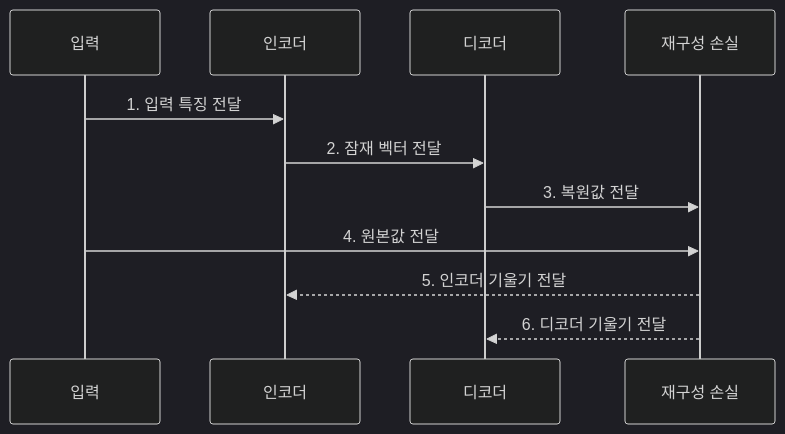
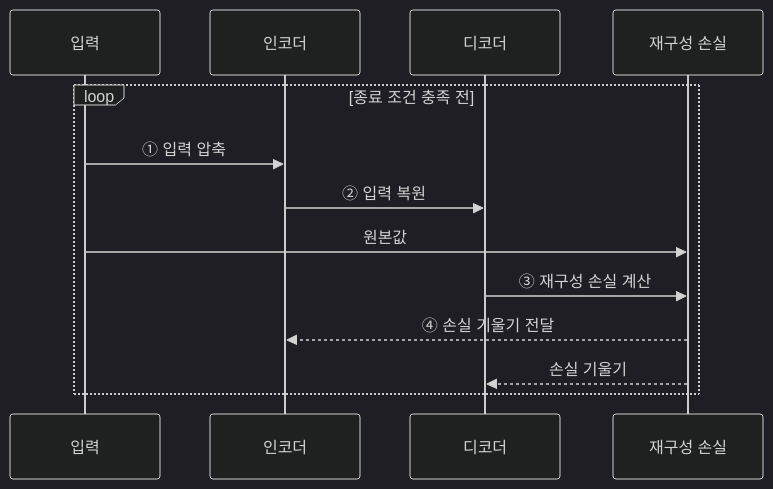
Before and after one commit to agnusdei1207/knowledge-base: the third of 3 diagrams in src/content/docs/notes/01-basic-theory/045_autoencoder.md, drawn with Mermaid (dark theme). The commit also changed other lines of this file and 22 other files, not shown here.

````diff
--- a/src/content/docs/notes/01-basic-theory/045_autoencoder.md
+++ b/src/content/docs/notes/01-basic-theory/045_autoencoder.md
@@ -74,13 +93,15 @@
 ```mermaid
 sequenceDiagram
     participant I as 입력
     participant E as 인코더
     participant D as 디코더
     participant L as 재구성 손실
-    I->>E: 1. 입력 특징 전달
-    E->>D: 2. 잠재 벡터 전달
-    D->>L: 3. 복원값 전달
-    I->>L: 4. 원본값 전달
-    L-->>E: 5. 인코더 기울기 전달
-    L-->>D: 6. 디코더 기울기 전달
+    loop 종료 조건 충족 전
+        I->>E: ① 입력 압축
+        E->>D: ② 입력 복원
+        I->>L: 원본값
+        D->>L: ③ 재구성 손실 계산
+        L-->>E: ④ 손실 기울기 전달
+        L-->>D: 손실 기울기
+    end
 ```
````
